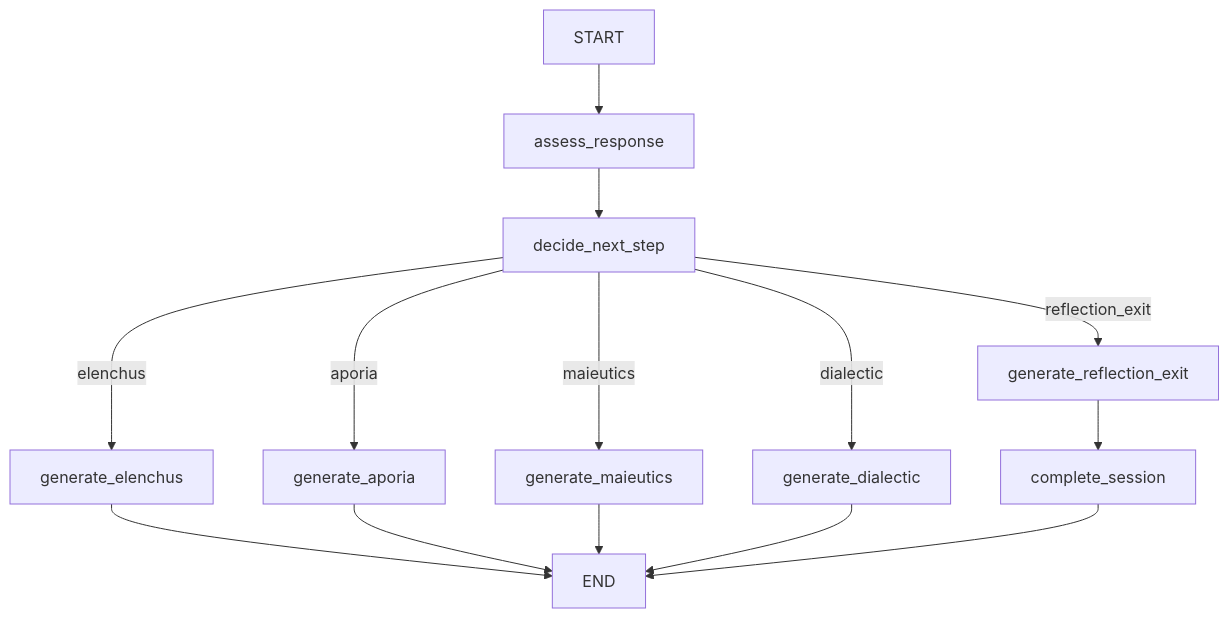
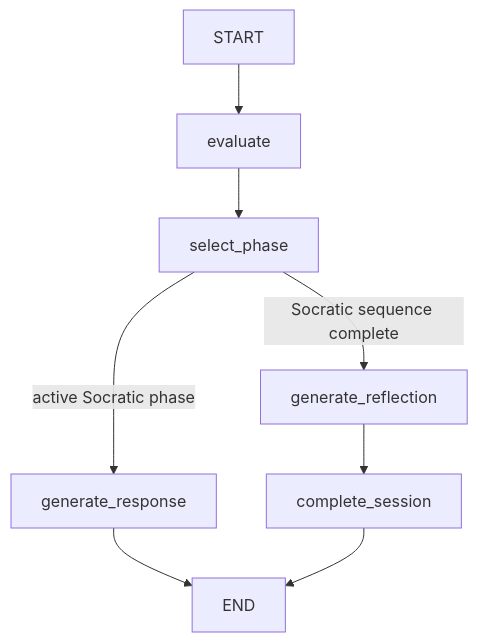
The second of 3 diagrams in README.md (anissawilliams/socratic_agentic_ai), drawn with Mermaid before and after one commit. The commit also changed other lines of this file, not shown here.

Commit message:
Updated sys arch readme after refactoring graph / nodes / socratic phases

````diff
--- a/README.md
+++ b/README.md
@@ -42,16 +45,10 @@
 ```mermaid
 flowchart TD
-  START --> assess_response
-  assess_response --> decide_next_step
-  decide_next_step -->|elenchus| generate_elenchus
-  decide_next_step -->|aporia| generate_aporia
-  decide_next_step -->|maieutics| generate_maieutics
-  decide_next_step -->|dialectic| generate_dialectic
-  decide_next_step -->|reflection_exit| generate_reflection_exit
-  generate_elenchus --> END
-  generate_aporia --> END
-  generate_maieutics --> END
-  generate_dialectic --> END
-  generate_reflection_exit --> complete_session
-  complete_session --> END
+    START --> evaluate
+    evaluate --> select_phase
+    select_phase -->|active Socratic phase| generate_response
+    select_phase -->|Socratic sequence complete| generate_reflection
+    generate_response --> END
+    generate_reflection --> complete_session
+    complete_session --> END
 ```
````
